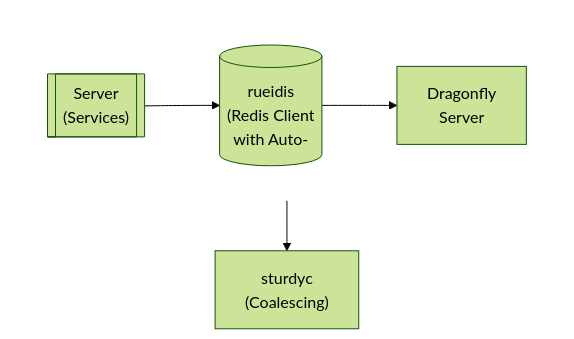
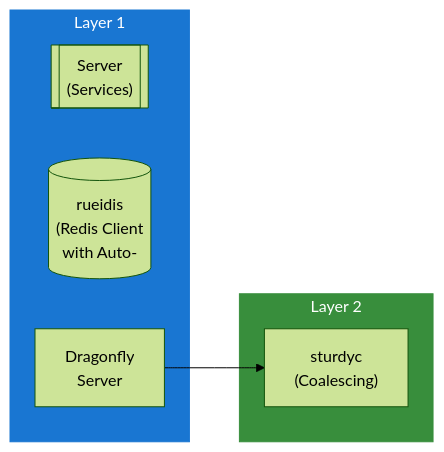
The diagram in docs/dev/design/integrations/infrastructure/DRAGONFLY.md (lusoris/revenge), drawn with Mermaid (forest theme) before and after one commit. The commit also changed 215 other files, not shown here.

First line of the commit message:
feat(diagrams): convert all ASCII diagrams to Mermaid with LR subgraphs

````diff
--- a/docs/dev/design/integrations/infrastructure/DRAGONFLY.md
+++ b/docs/dev/design/integrations/infrastructure/DRAGONFLY.md
@@ -60,16 +60,19 @@
 ```mermaid
-flowchart TD
-    subgraph row1[ ]
-        direction LR
+flowchart LR
+    subgraph Layer1["Layer 1"]
         node1[["Server<br/>(Services)"]]
         node2[("rueidis<br/>(Redis Client<br/>with Auto-")]
         node3["Dragonfly<br/>Server"]
     end
-    node4["sturdyc<br/>(Coalescing)"]
-    node1 --> node2
-    node2 --> node3
+
+    subgraph Layer2["Layer 2"]
+        node4["sturdyc<br/>(Coalescing)"]
+    end
+
+    %% Connections
     node3 --> node4
 
-    %% Hide row subgraph borders
-    style row1 fill:transparent,stroke:transparent
+    %% Styling
+    style Layer1 fill:#1976D2,stroke:#1976D2,color:#fff
+    style Layer2 fill:#388E3C,stroke:#388E3C,color:#fff
 ```
````
